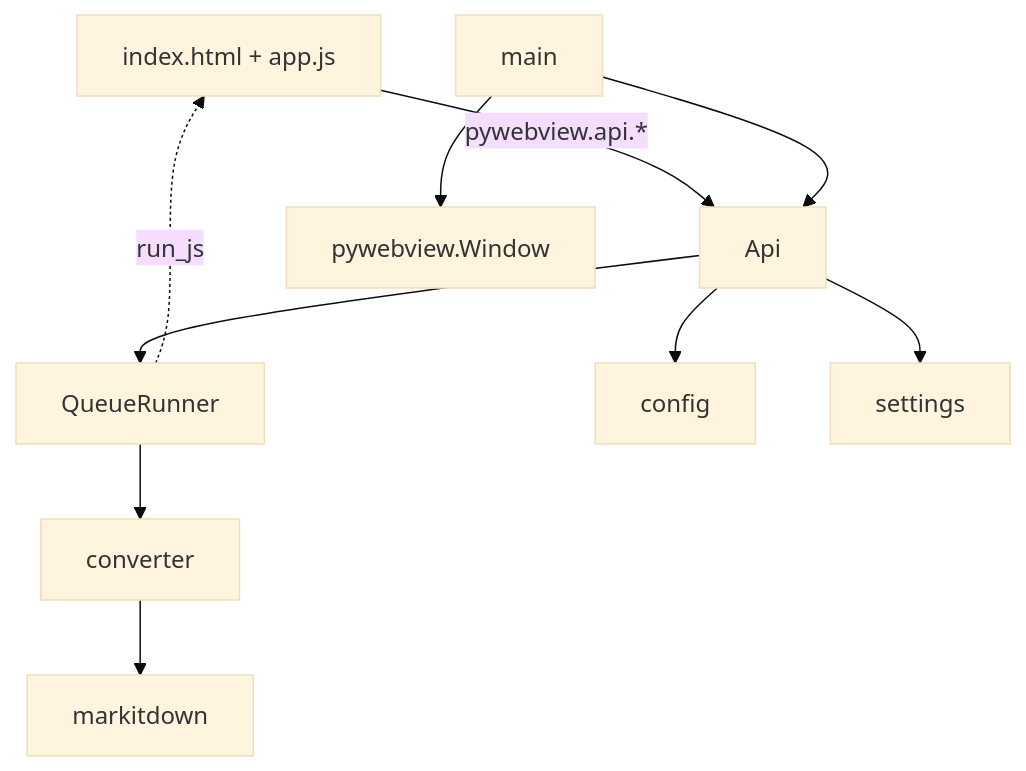
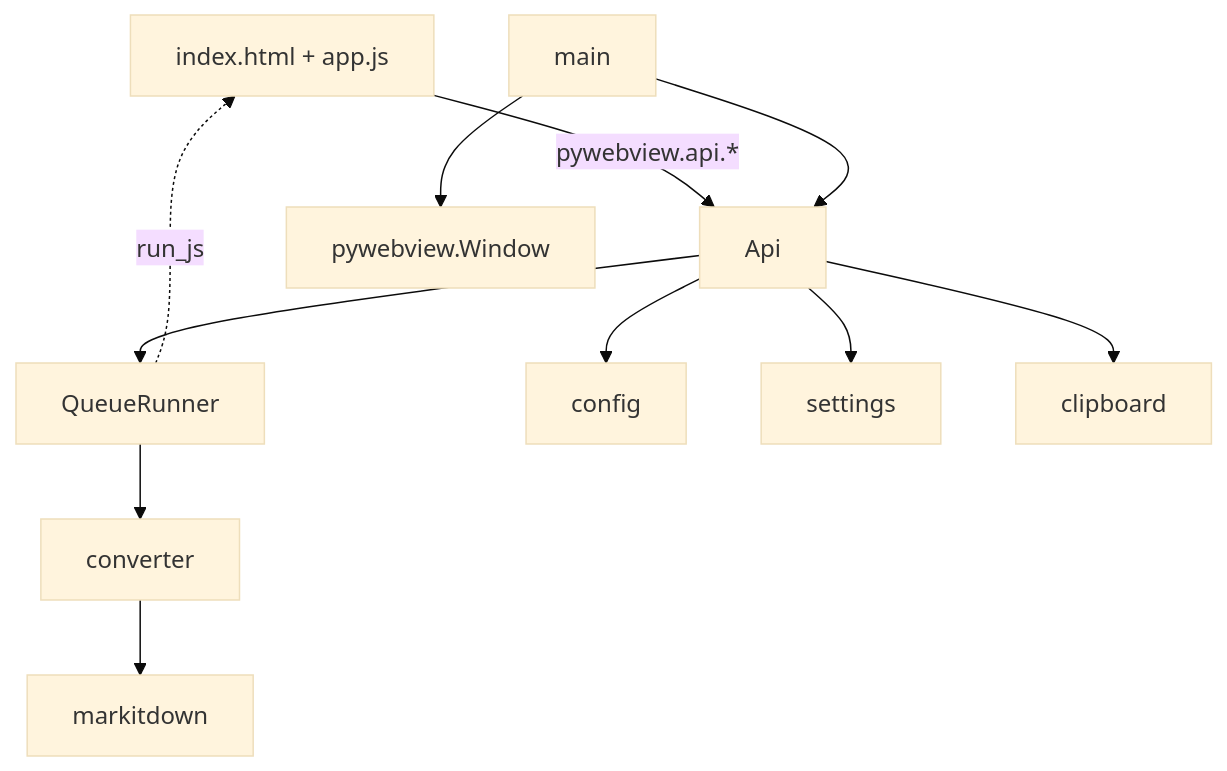
One commit to YERCKEN/tomarkdown changed the first of 3 diagrams in docs/arquitectura/overview.md. Above: the diagram before and after it, drawn with Mermaid (base theme). The commit also changed other lines of this file and 13 other files, not shown here.

````diff
--- a/docs/arquitectura/overview.md
+++ b/docs/arquitectura/overview.md
@@ -11,12 +11,13 @@
 ```mermaid
 graph TD;
     HTML["index.html + app.js"] -->|"pywebview.api.*"| API["Api"];
     API --> RUNNER["QueueRunner"];
     API --> CFG["config"];
     API --> SET["settings"];
+    API --> CLIP["clipboard"];
     RUNNER --> CONV["converter"];
     CONV --> MD["markitdown"];
     RUNNER -.->|"run_js"| HTML;
     MAIN["main"] --> API;
     MAIN --> WIN["pywebview.Window"];
 ```
````
